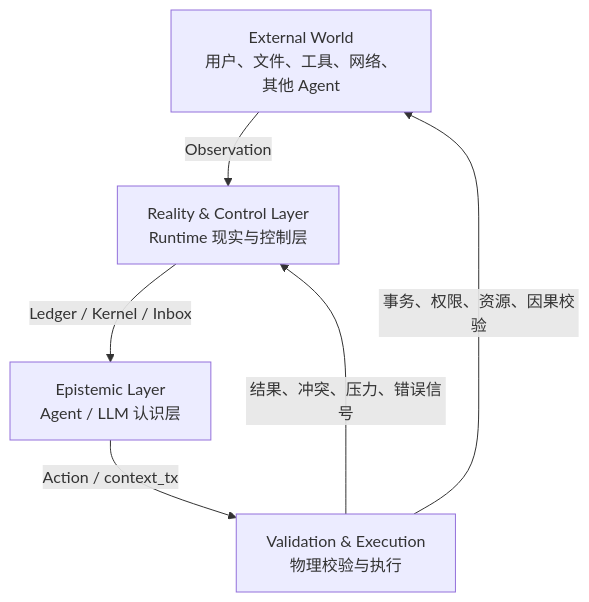
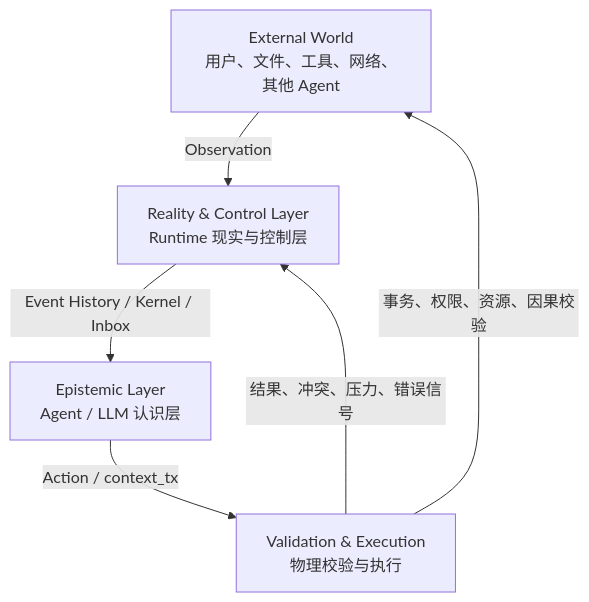
Before and after one commit to morphz-ai/morphz: the diagram in docs/morphz_reality_constrained_epistemic_context.md, drawn with Mermaid. The commit also changed other lines of this file and 129 other files, not shown here.

````diff
--- a/docs/morphz_reality_constrained_epistemic_context.md
+++ b/docs/morphz_reality_constrained_epistemic_context.md
@@ -59,13 +59,13 @@
 ```mermaid
 flowchart TD
     W["External World\n用户、文件、工具、网络、其他 Agent"]
     R["Reality & Control Layer\nRuntime 现实与控制层"]
     E["Epistemic Layer\nAgent / LLM 认识层"]
     V["Validation & Execution\n物理校验与执行"]
 
     W -->|"Observation"| R
-    R -->|"Ledger / Kernel / Inbox"| E
+    R -->|"Event History / Kernel / Inbox"| E
     E -->|"Action / context_tx"| V
     V -->|"事务、权限、资源、因果校验"| W
     V -->|"结果、冲突、压力、错误信号"| R
 ```
````
